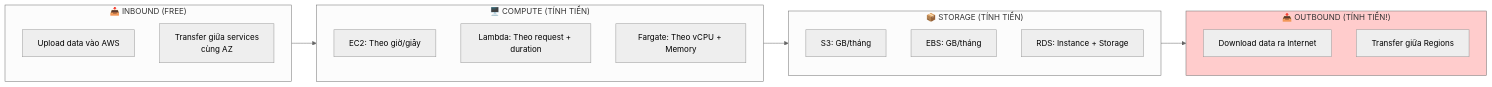
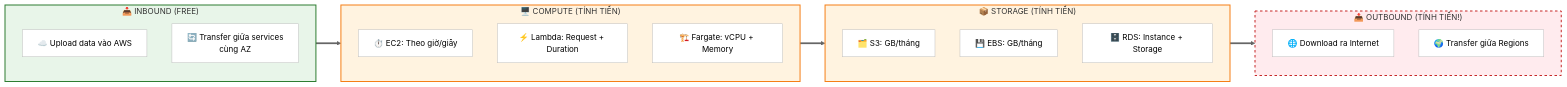
One commit to tietvinhphu/AWS-Journey changed the fifth of 7 diagrams in Session-01-☁️ NỀN TẢNG ĐÁM MÂY AWS/README.md. Above: the diagram before and after it, drawn with Mermaid (neutral theme).

Commit message:
Please provide the file changes; I need to analyze the additions and deletions to generate a concise commit message.

````diff
--- a/Session-01-☁️ NỀN TẢNG ĐÁM MÂY AWS/README.md
+++ b/Session-01-☁️ NỀN TẢNG ĐÁM MÂY AWS/README.md
@@ -370,30 +370,43 @@
     ```mermaid
     flowchart LR
+        %% Style Definitions
+        classDef free fill:#e8f5e9,stroke:#2e7d32,stroke-width:2px;
+        classDef cost fill:#fff3e0,stroke:#f57f17,stroke-width:2px;
+        classDef expensive fill:#ffebee,stroke:#c62828,stroke-width:2px,stroke-dasharray: 5 5;
+        classDef nodeStyle fill:#fff,stroke:#bfbfbf,stroke-width:1px;
+
         subgraph Inbound["📥 INBOUND (FREE)"]
-            I1[Upload data vào AWS]
-            I2[Transfer giữa services<br/>cùng AZ]
+            direction TB
+            I1["☁️ Upload data vào AWS"]:::nodeStyle
+            I2["🔄 Transfer giữa services<br/>cùng AZ"]:::nodeStyle
         end
     
         subgraph Compute["🖥️ COMPUTE (TÍNH TIỀN)"]
-            C1[EC2: Theo giờ/giây]
-            C2[Lambda: Theo request + duration]
-            C3[Fargate: Theo vCPU + Memory]
+            direction TB
+            C1["⏱️ EC2: Theo giờ/giây"]:::nodeStyle
+            C2["⚡ Lambda: Request + Duration"]:::nodeStyle
+            C3["🏗️ Fargate: vCPU + Memory"]:::nodeStyle
         end
     
         subgraph Storage["📦 STORAGE (TÍNH TIỀN)"]
-            S1[S3: GB/tháng]
-            S2[EBS: GB/tháng]
-            S3[RDS: Instance + Storage]
+            direction TB
+            S1["🗂️ S3: GB/tháng"]:::nodeStyle
+            S2["💾 EBS: GB/tháng"]:::nodeStyle
+            S3["🗄️ RDS: Instance + Storage"]:::nodeStyle
         end
     
         subgraph Outbound["📤 OUTBOUND (TÍNH TIỀN!)"]
-            O1[Download data ra Internet]
-            O2[Transfer giữa Regions]
+            direction TB
+            O1["🌐 Download ra Internet"]:::nodeStyle
+            O2["🌍 Transfer giữa Regions"]:::nodeStyle
         end
     
-        Inbound --> Compute
-        Compute --> Storage
-        Storage --> Outbound
-    
-        style Outbound fill:#ffcccc
+        Inbound ==> Compute
+        Compute ==> Storage
+        Storage ==> Outbound
+
+        %% Apply Styles
+        class Inbound free
+        class Compute,Storage cost
+        class Outbound expensive
     ```
````
